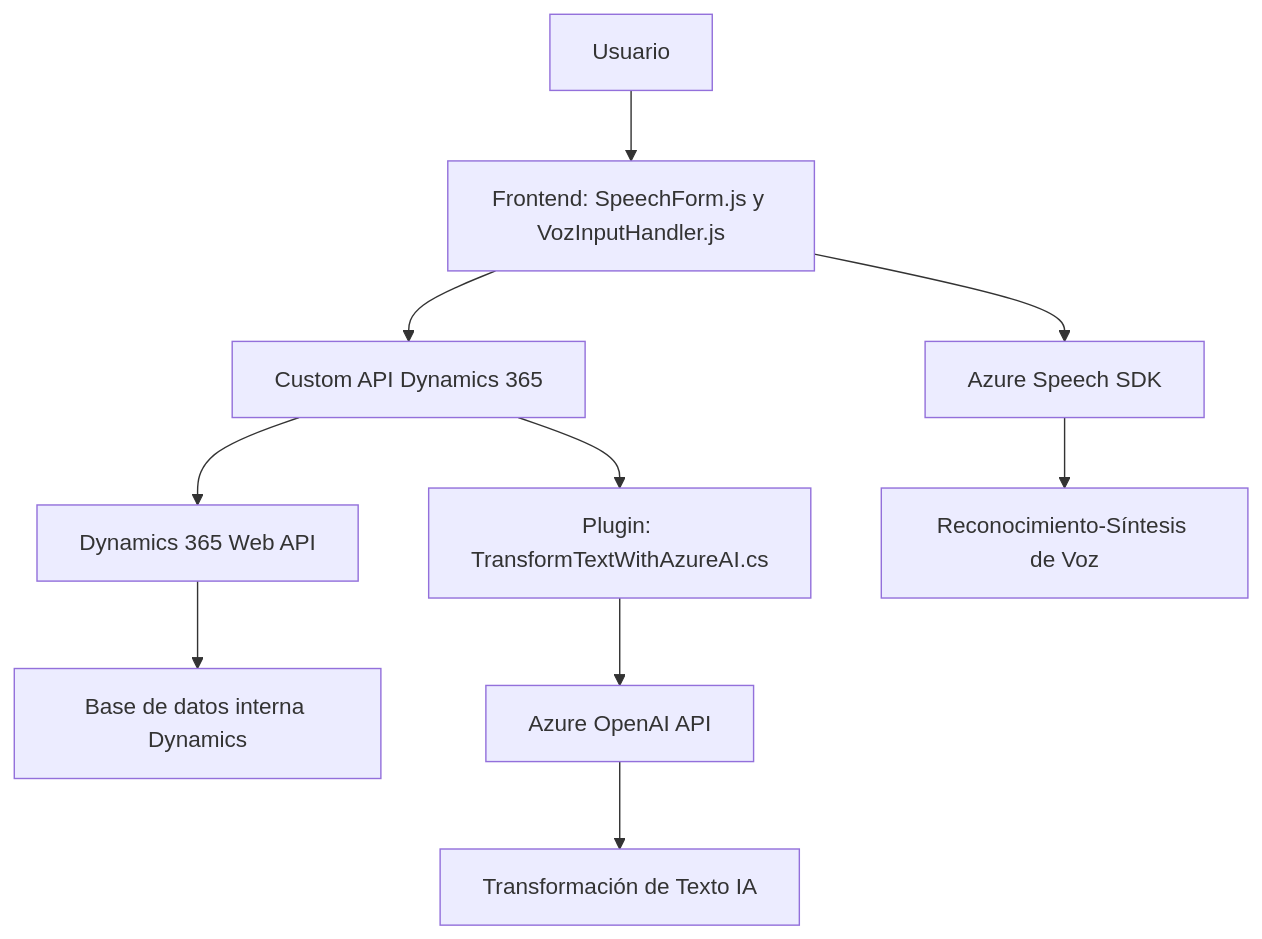
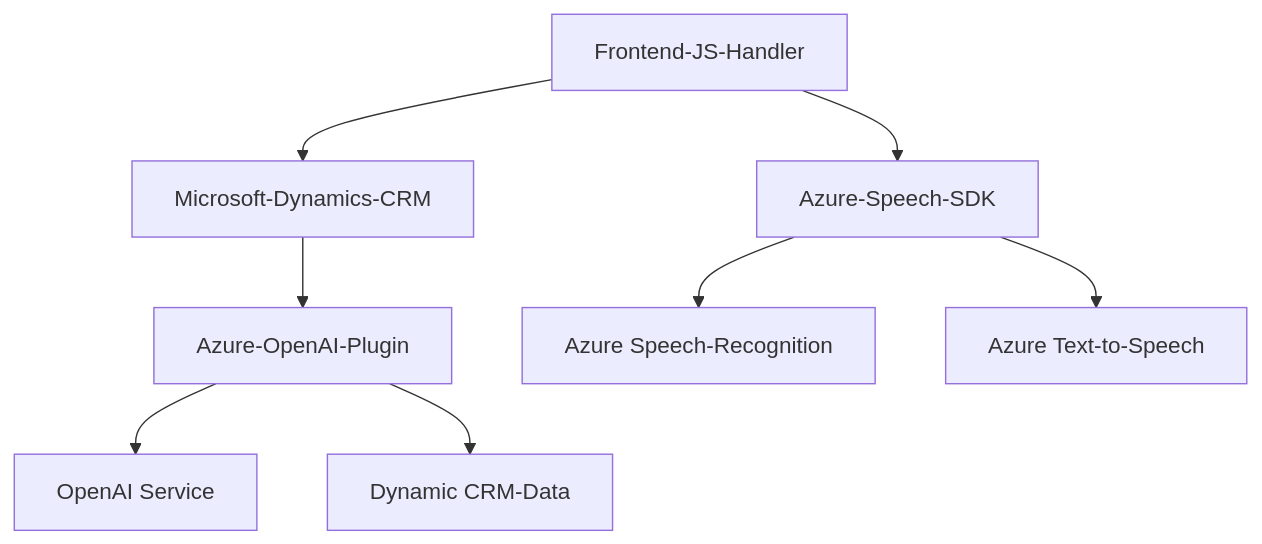
One commit to blopezdm/NETCORE_BILBAO2025 changed the diagram in README.md. Above: the diagram before and after it, drawn with Mermaid. The commit also changed other lines of this file, not shown here.

````diff
--- a/README.md
+++ b/README.md
@@ -34,12 +36,19 @@
 ```mermaid
 graph TD
-    A["Usuario"] --> B["Frontend: SpeechForm.js y VozInputHandler.js"]
-    B --> C["Azure Speech SDK"]
-    B --> D["Custom API Dynamics 365"]
-    D --> E["Dynamics 365 Web API"]
-    E --> F["Base de datos interna Dynamics"]
-    D --> G["Plugin: TransformTextWithAzureAI.cs"]
-    G --> H["Azure OpenAI API"]
-    C --> I["Reconocimiento-Síntesis de Voz"]
-    H --> J["Transformación de Texto IA"]
+  A["Frontend-JS-Handler"]
+  B["Azure-Speech-SDK"]
+  C["Microsoft-Dynamics-CRM"]
+  D["Azure-OpenAI-Plugin"]
+  E["Azure Speech-Recognition"]
+  F["Azure Text-to-Speech"]
+  G["Dynamic CRM-Data"]
+  H["OpenAI Service"]
+
+  A --> B
+  B --> E
+  B --> F
+  A --> C
+  C --> D
+  D --> H
+  D --> G
 ```
````
